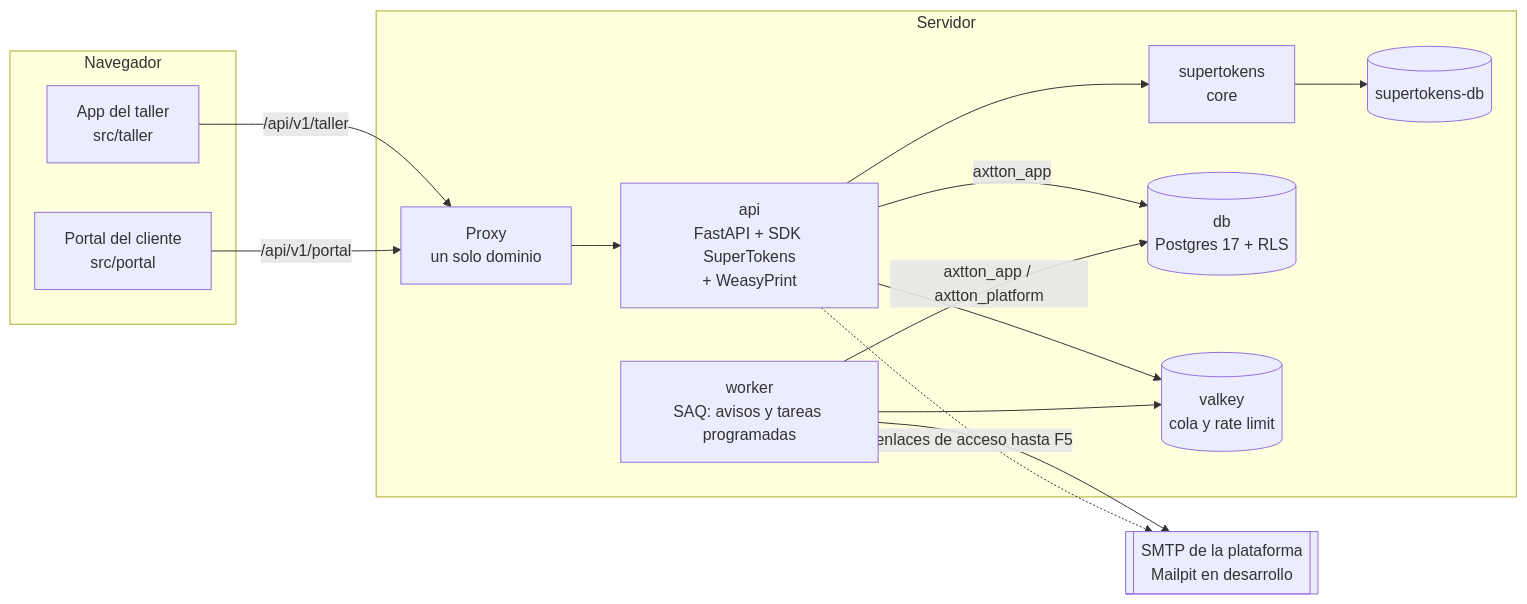
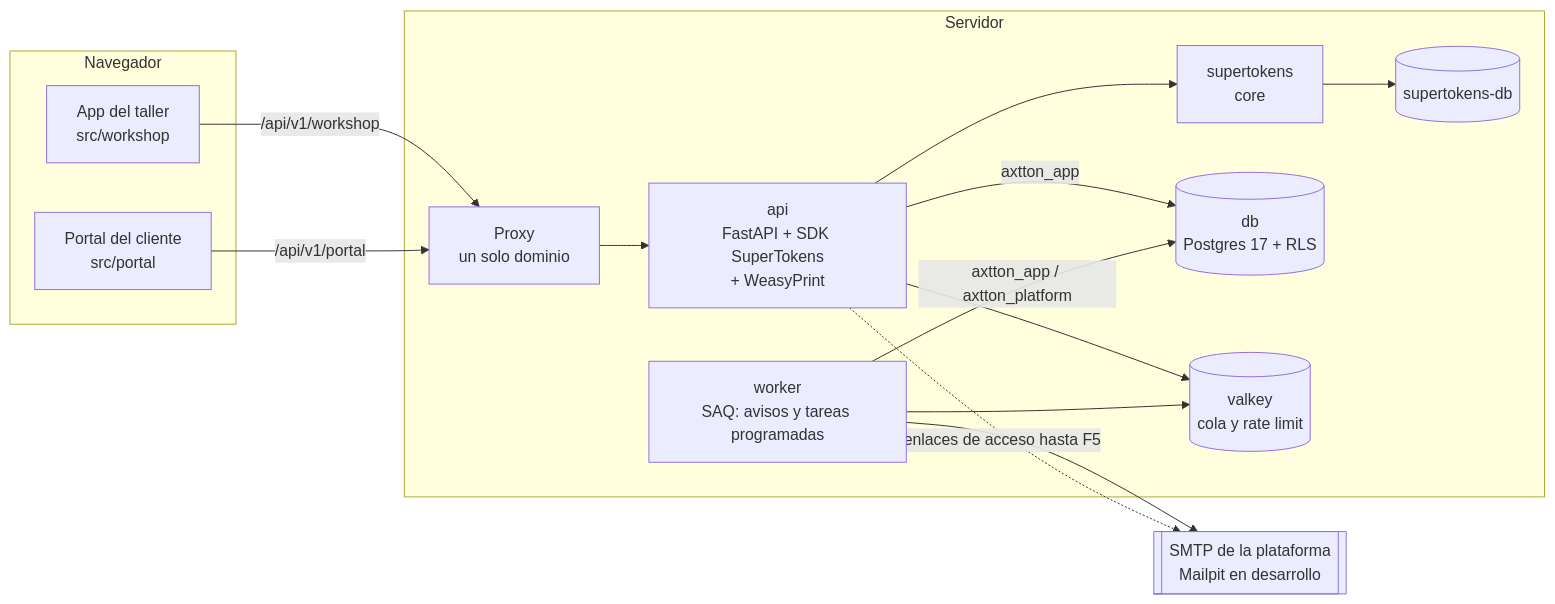
One commit to iMiguel10/axtton-core changed the third of 6 diagrams in docs/arquitectura/index.md. Above: the diagram before and after it, drawn with Mermaid. The commit also changed other lines of this file and 36 other files, not shown here.

````diff
--- a/docs/arquitectura/index.md
+++ b/docs/arquitectura/index.md
@@ -334,28 +348,28 @@
 ```mermaid
 flowchart LR
     subgraph Navegador
-        TA[App del taller<br/>src/taller]
+        TA[App del taller<br/>src/workshop]
         PO[Portal del cliente<br/>src/portal]
     end
     subgraph Servidor
         PX[Proxy<br/>un solo dominio]
         API[api<br/>FastAPI + SDK SuperTokens<br/>+ WeasyPrint]
         WK[worker<br/>SAQ: avisos y tareas programadas]
         ST[supertokens<br/>core]
         STDB[(supertokens-db)]
         DB[(db<br/>Postgres 17 + RLS)]
         VK[(valkey<br/>cola y rate limit)]
     end
     SMTP[[SMTP de la plataforma<br/>Mailpit en desarrollo]]
 
-    TA -- /api/v1/taller --> PX
+    TA -- /api/v1/workshop --> PX
     PO -- /api/v1/portal --> PX
     PX --> API
     API --> ST --> STDB
     API -- axtton_app --> DB
     API --> VK
     WK --> VK
     WK -- axtton_app / axtton_platform --> DB
     WK --> SMTP
     API -. enlaces de acceso hasta F5 .-> SMTP
 ```
````
